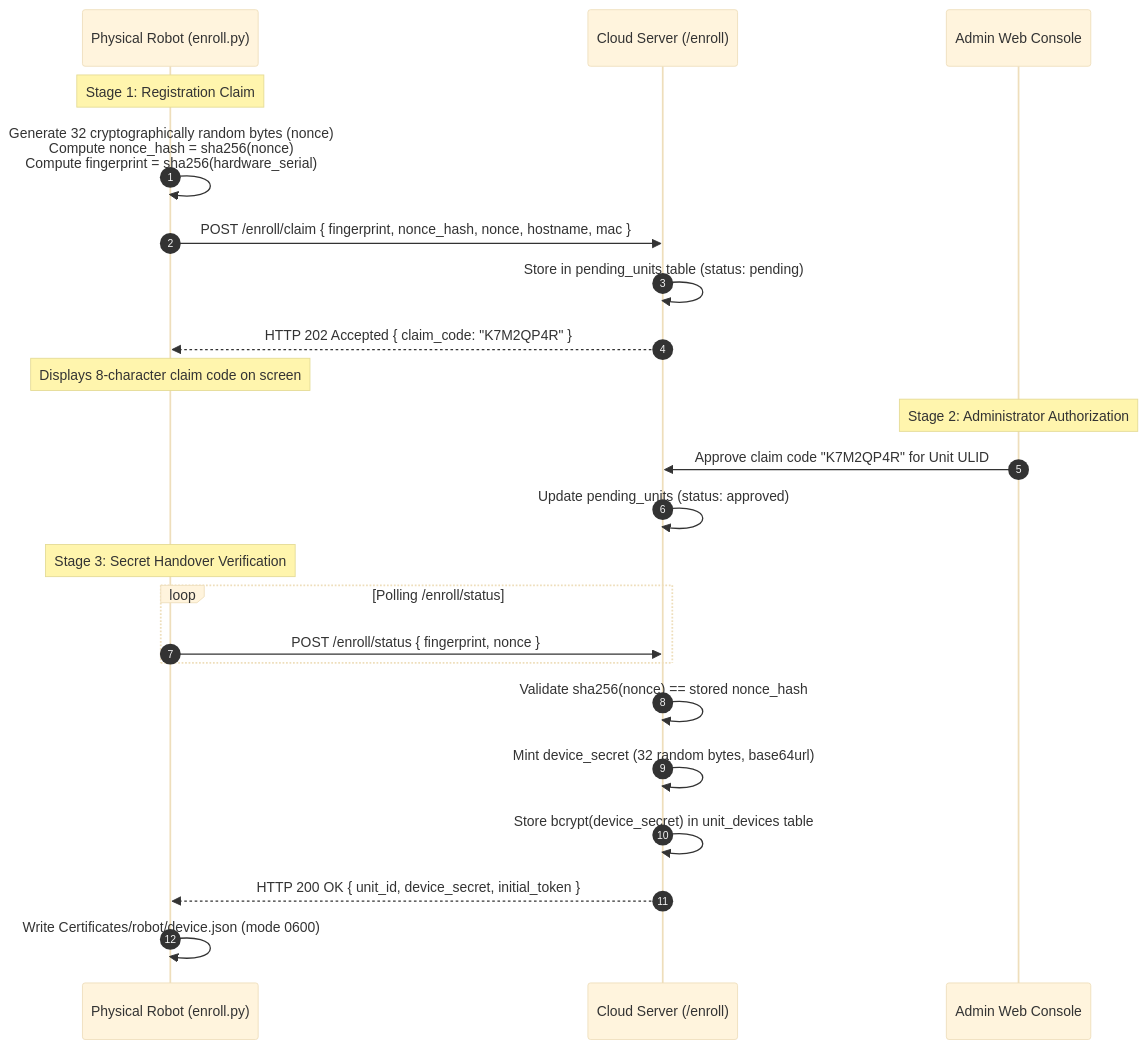
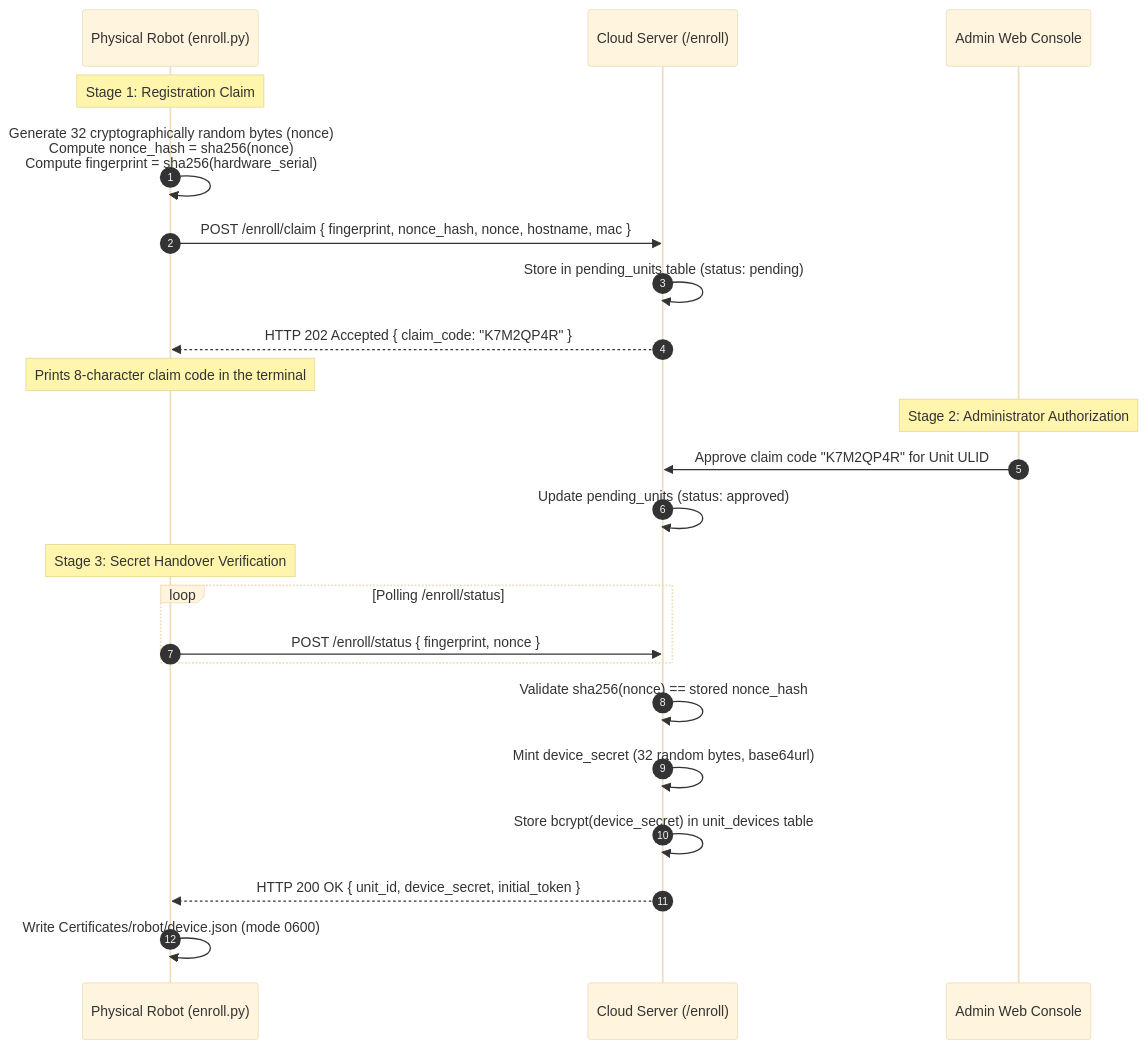
Before and after one commit to itbdelaboprogramming/msd700_documentation: the diagram in docs/development/webui/accounts/enrolment.md, drawn with Mermaid (base theme). The commit also changed other lines of this file and 340 other files, not shown here.

````diff
--- a/docs/development/webui/accounts/enrolment.md
+++ b/docs/development/webui/accounts/enrolment.md
@@ -22,28 +22,28 @@
 ```mermaid
 sequenceDiagram
   autonumber
   participant Robot as Physical Robot (enroll.py)
   participant Backend as Cloud Server (/enroll)
   participant Admin as Admin Web Console
 
   Note over Robot: Stage 1: Registration Claim
   Robot->>Robot: Generate 32 cryptographically random bytes (nonce)<br/>Compute nonce_hash = sha256(nonce)<br/>Compute fingerprint = sha256(hardware_serial)
   Robot->>Backend: POST /enroll/claim { fingerprint, nonce_hash, nonce, hostname, mac }
   Backend->>Backend: Store in pending_units table (status: pending)
   Backend-->>Robot: HTTP 202 Accepted { claim_code: "K7M2QP4R" }
-  Note over Robot: Displays 8-character claim code on screen
+  Note over Robot: Prints 8-character claim code in the terminal
 
   Note over Admin: Stage 2: Administrator Authorization
   Admin->>Backend: Approve claim code "K7M2QP4R" for Unit ULID
   Backend->>Backend: Update pending_units (status: approved)
 
   Note over Robot: Stage 3: Secret Handover Verification
   loop Polling /enroll/status
     Robot->>Backend: POST /enroll/status { fingerprint, nonce }
   end
   Backend->>Backend: Validate sha256(nonce) == stored nonce_hash
   Backend->>Backend: Mint device_secret (32 random bytes, base64url)
   Backend->>Backend: Store bcrypt(device_secret) in unit_devices table
   Backend-->>Robot: HTTP 200 OK { unit_id, device_secret, initial_token }
   Robot->>Robot: Write Certificates/robot/device.json (mode 0600)
 ```
````
